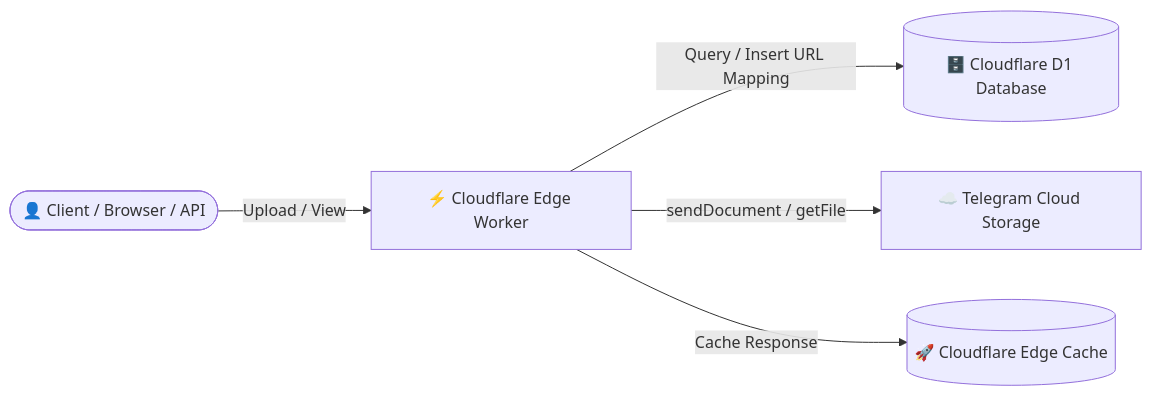
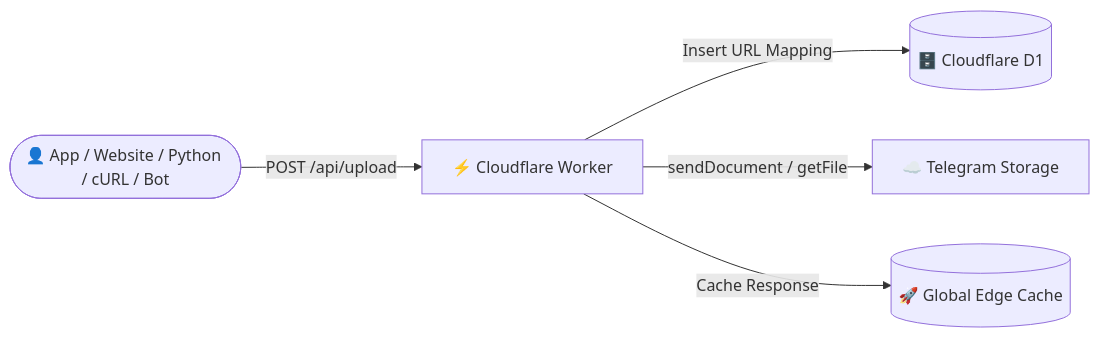
The diagram in README.md (dhyeyppatel/Image-Hosting), drawn with Mermaid before and after one commit. The commit also changed other lines of this file and 5 other files, not shown here.

Commit message:
feat: Developer API token management, multi-format media upload & direct link responses

````diff
--- a/README.md
+++ b/README.md
@@ -31,7 +30,7 @@
 ```mermaid
 flowchart LR
-    User([👤 Client / Browser / API]) -->|Upload / View| CF[⚡ Cloudflare Edge Worker]
-    CF -->|Query / Insert URL Mapping| D1[(🗄️ Cloudflare D1 Database)]
-    CF -->|sendDocument / getFile| TG[☁️ Telegram Cloud Storage]
-    CF -->|Cache Response| Cache[(🚀 Cloudflare Edge Cache)]
+    Client([👤 App / Website / Python / cURL / Bot]) -->|POST /api/upload| CF[⚡ Cloudflare Worker]
+    CF -->|Insert URL Mapping| D1[(🗄️ Cloudflare D1)]
+    CF -->|sendDocument / getFile| TG[☁️ Telegram Storage]
+    CF -->|Cache Response| Cache[(🚀 Global Edge Cache)]
 ```
````
